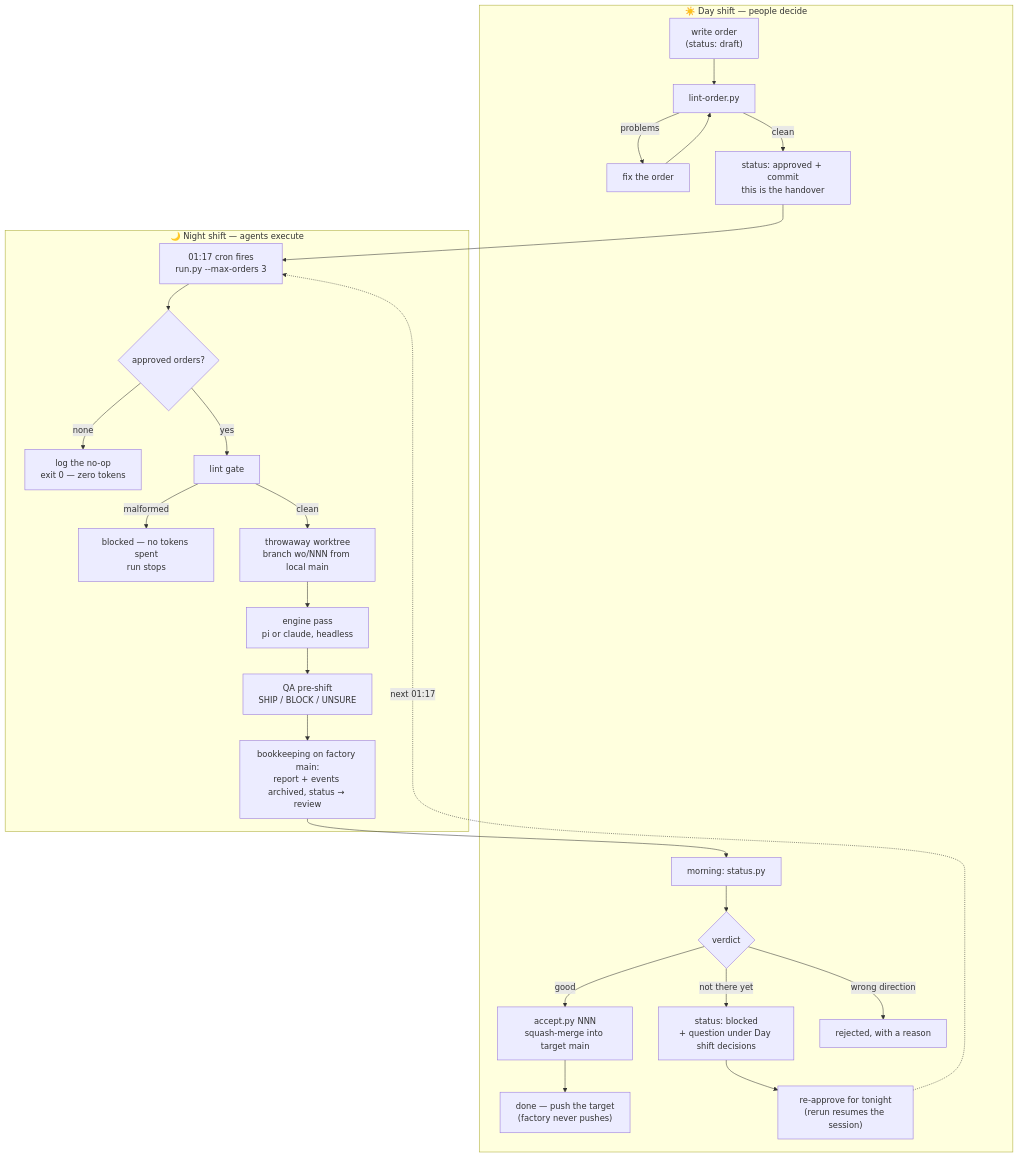
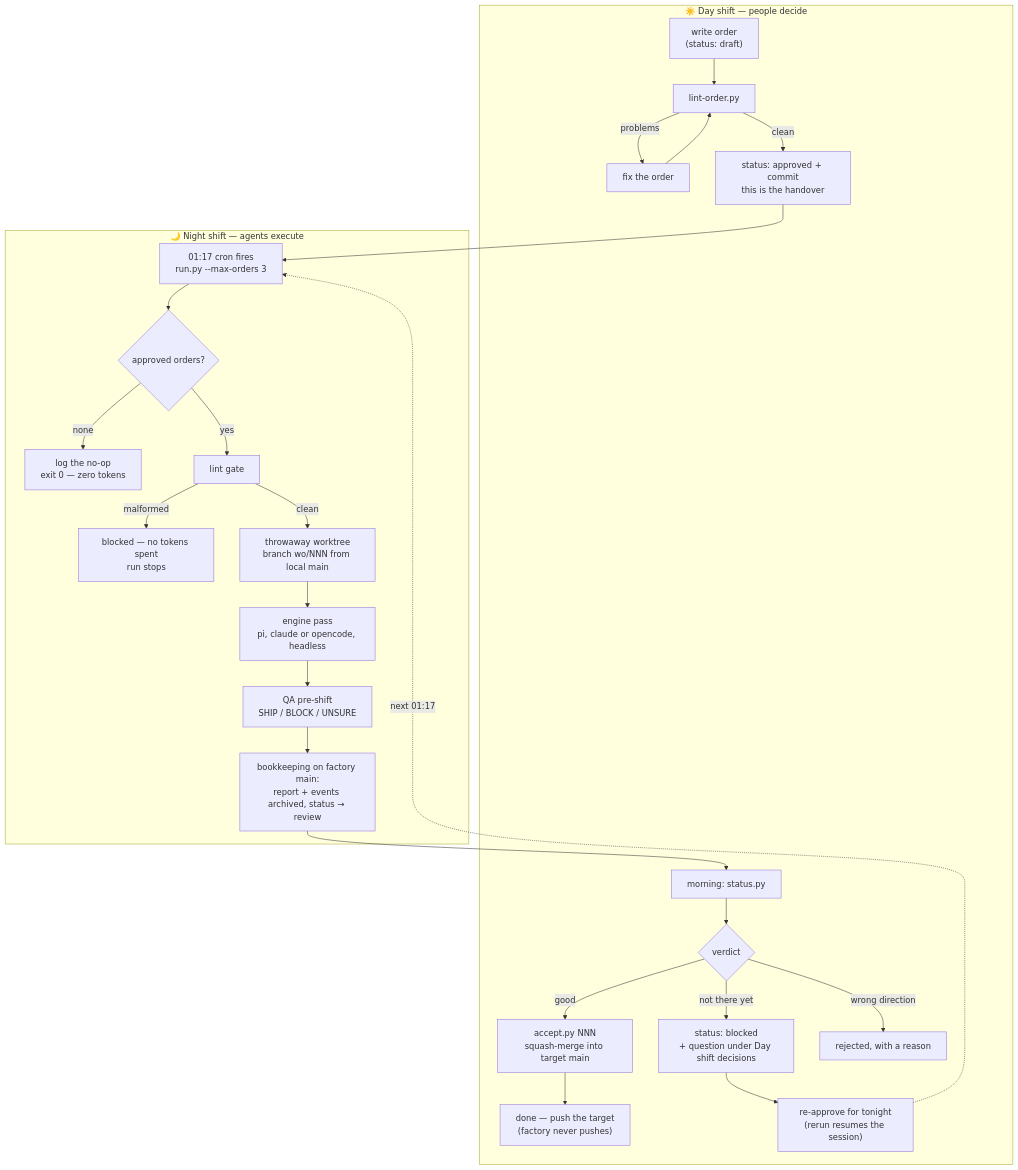
One commit to tacoda/moonlighting changed the first of 2 diagrams in docs/flow.md. Above: the diagram before and after it, drawn with Mermaid. The commit also changed other lines of this file and 11 other files, not shown here.

First line of the commit message:
opencode engine, uv project + pytest suite, docs for three hosts

````diff
--- a/docs/flow.md
+++ b/docs/flow.md
@@ -8,30 +8,30 @@
 ```mermaid
 flowchart TD
     subgraph DAY ["☀️ Day shift — people decide"]
         A["write order\n(status: draft)"] --> B["lint-order.py"]
         B -->|"problems"| B2["fix the order"]
         B2 --> B
         B -->|"clean"| C["status: approved + commit\nthis is the handover"]
         M["morning: status.py"] --> N{"verdict"}
         N -->|"good"| O["accept.py NNN\nsquash-merge into target main"]
         O --> P["done — push the target\n(factory never pushes)"]
         N -->|"not there yet"| Q["status: blocked\n+ question under Day shift decisions"]
         Q --> RE["re-approve for tonight\n(rerun resumes the session)"]
         N -->|"wrong direction"| R["rejected, with a reason"]
     end
 
     subgraph NIGHT ["🌙 Night shift — agents execute"]
         S["01:17 cron fires\nrun.py --max-orders 3"] --> T{"approved orders?"}
         T -->|"none"| U["log the no-op\nexit 0 — zero tokens"]
         T -->|"yes"| V["lint gate"]
         V -->|"malformed"| W["blocked — no tokens spent\nrun stops"]
         V -->|"clean"| X["throwaway worktree\nbranch wo/NNN from local main"]
-        X --> Y["engine pass\npi or claude, headless"]
+        X --> Y["engine pass\npi, claude or opencode, headless"]
         Y --> Z["QA pre-shift\nSHIP / BLOCK / UNSURE"]
         Z --> AA["bookkeeping on factory main:\nreport + events archived, status → review"]
     end
 
     C --> S
     AA --> M
     RE -.->|"next 01:17"| S
 ```
````
